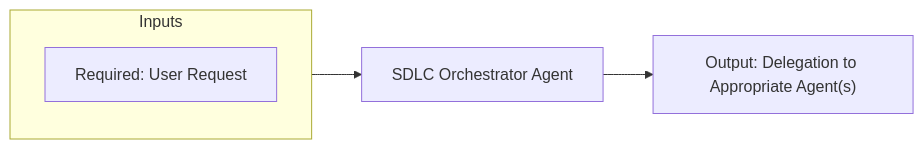
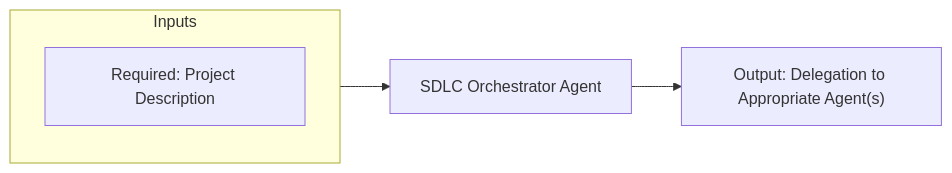
One commit to diegosfb/antigravity-task-runner changed the diagram in .agents/documentation/Agentic Workflows/SDLC Agents/SDLC-ORCHESTRATOR.md. Above: the diagram before and after it, drawn with Mermaid. The commit also changed 39 other files, not shown here.

````diff
--- a/.agents/documentation/Agentic Workflows/SDLC Agents/SDLC-ORCHESTRATOR.md
+++ b/.agents/documentation/Agentic Workflows/SDLC Agents/SDLC-ORCHESTRATOR.md
@@ -17,10 +17,10 @@
 ```mermaid
 flowchart LR
     subgraph inputs["Inputs"]
-        userRequest["Required: User Request"]
+        projectDescription["Required: Project Description"]
     end
     sdlcOrchestrator["SDLC Orchestrator Agent"]
     delegation["Output: Delegation to Appropriate Agent(s)"]
 
     inputs --> sdlcOrchestrator --> delegation
 ```
````
